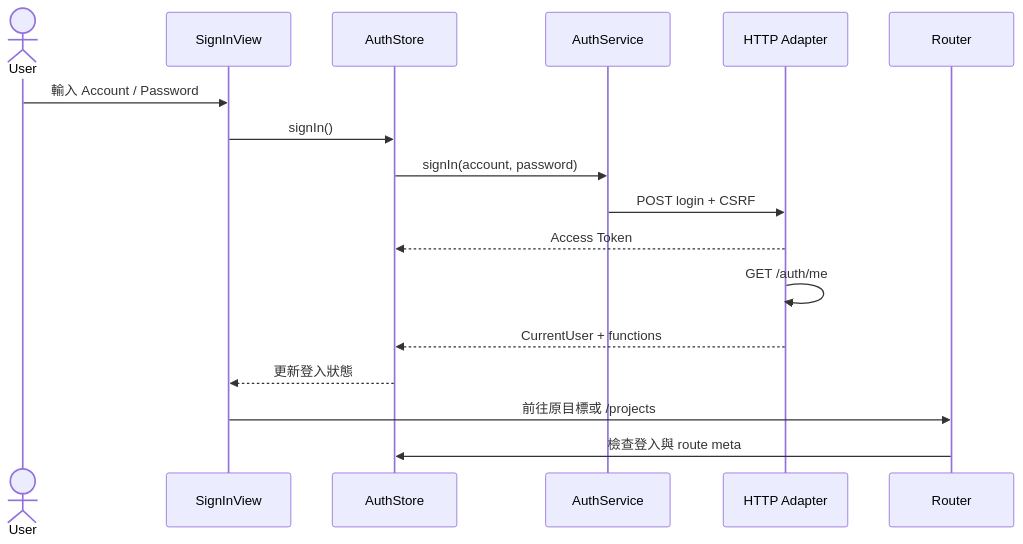
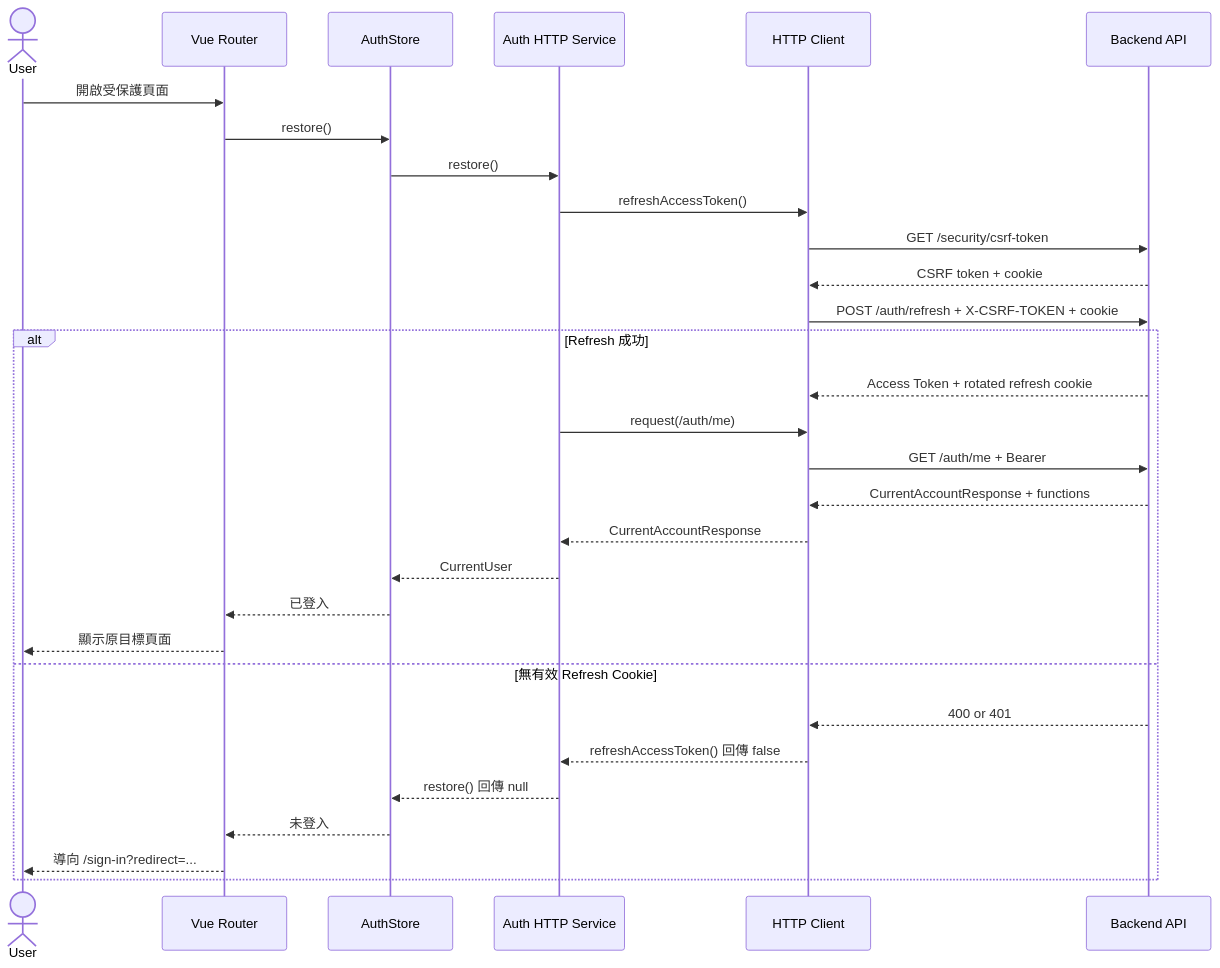
Before and after one commit to JJDing-Louis/ProjectManagementWeb_FrontEnd: the second of 3 diagrams in docs/Architecture.md, drawn with Mermaid. The commit also changed other lines of this file and 3 other files, not shown here.

````diff
--- a/docs/Architecture.md
+++ b/docs/Architecture.md
@@ -95,20 +106,33 @@
 ```mermaid
 sequenceDiagram
     actor User
-    participant View as SignInView
+    participant Router as Vue Router
     participant Store as AuthStore
-    participant Service as AuthService
-    participant Adapter as HTTP Adapter
-    participant Router
+    participant Service as Auth HTTP Service
+    participant Client as HTTP Client
+    participant API as Backend API
 
-    User->>View: 輸入 Account / Password
-    View->>Store: signIn()
-    Store->>Service: signIn(account, password)
-    Service->>Adapter: POST login + CSRF
-    Adapter-->>Store: Access Token
-    Adapter->>Adapter: GET /auth/me
-    Adapter-->>Store: CurrentUser + functions
-    Store-->>View: 更新登入狀態
-    View->>Router: 前往原目標或 /projects
-    Router->>Store: 檢查登入與 route meta
+    User->>Router: 開啟受保護頁面
+    Router->>Store: restore()
+    Store->>Service: restore()
+    Service->>Client: refreshAccessToken()
+    Client->>API: GET /security/csrf-token
+    API-->>Client: CSRF token + cookie
+    Client->>API: POST /auth/refresh + X-CSRF-TOKEN + cookie
+    alt Refresh 成功
+        API-->>Client: Access Token + rotated refresh cookie
+        Service->>Client: request(/auth/me)
+        Client->>API: GET /auth/me + Bearer
+        API-->>Client: CurrentAccountResponse + functions
+        Client-->>Service: CurrentAccountResponse
+        Service-->>Store: CurrentUser
+        Store-->>Router: 已登入
+        Router-->>User: 顯示原目標頁面
+    else 無有效 Refresh Cookie
+        API-->>Client: 400 or 401
+        Client-->>Service: refreshAccessToken() 回傳 false
+        Service-->>Store: restore() 回傳 null
+        Store-->>Router: 未登入
+        Router-->>User: 導向 /sign-in?redirect=...
+    end
 ```
````
